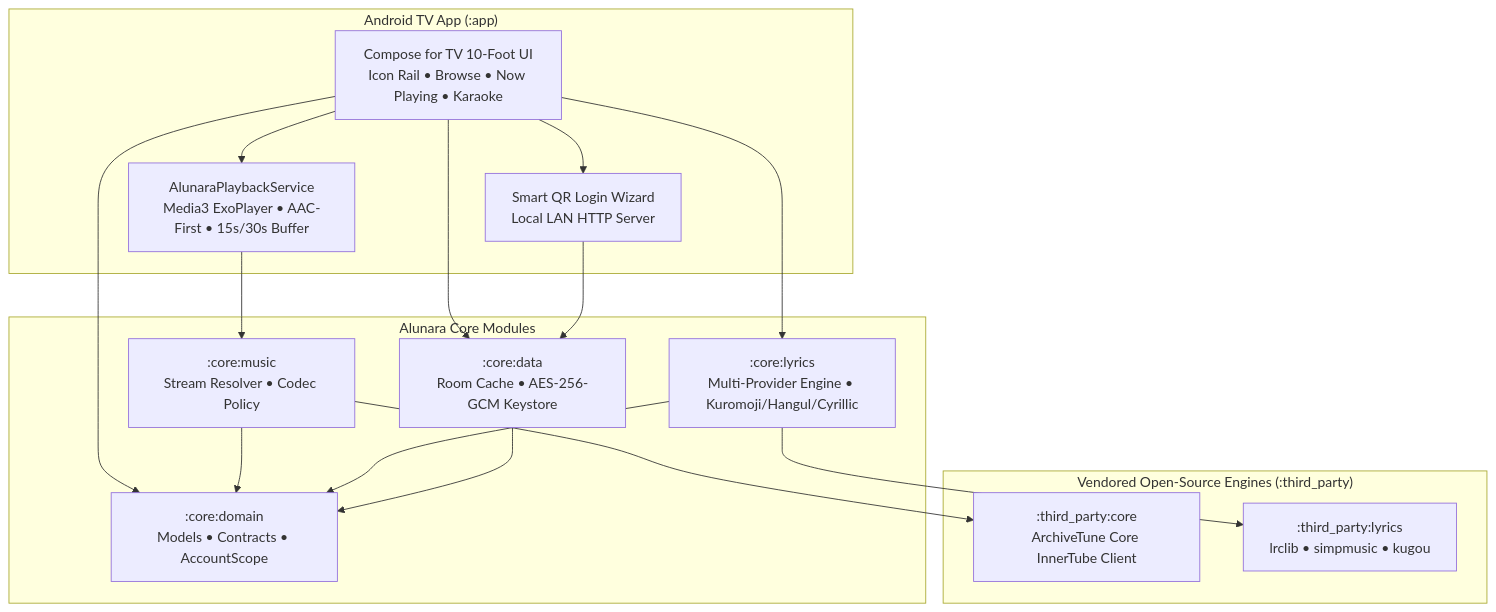
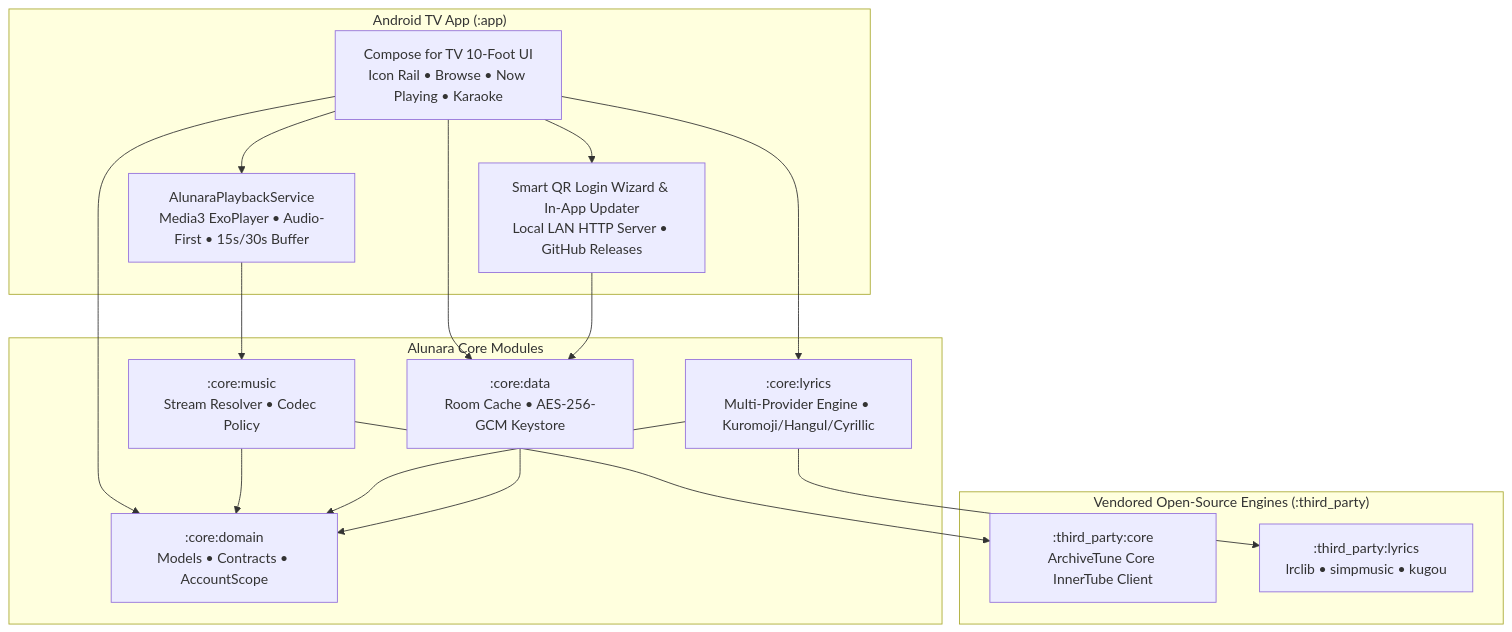
One commit to Kh1zZ/Alunara changed the diagram in README.md. Above: the diagram before and after it, drawn with Mermaid. The commit also changed other lines of this file and 9 other files, not shown here.

````diff
--- a/README.md
+++ b/README.md
@@ -129,33 +135,33 @@
 ```mermaid
 flowchart TB
     subgraph TV["Android TV App (:app)"]
         UI["Compose for TV 10-Foot UI<br/>Icon Rail • Browse • Now Playing • Karaoke"]
-        Media["AlunaraPlaybackService<br/>Media3 ExoPlayer • AAC-First • 15s/30s Buffer"]
-        QR["Smart QR Login Wizard<br/>Local LAN HTTP Server"]
+        Media["AlunaraPlaybackService<br/>Media3 ExoPlayer • Audio-First • 15s/30s Buffer"]
+        QR["Smart QR Login Wizard &amp; In-App Updater<br/>Local LAN HTTP Server • GitHub Releases"]
     end
 
     subgraph Core["Alunara Core Modules"]
         Domain[":core:domain<br/>Models • Contracts • AccountScope"]
         Music[":core:music<br/>Stream Resolver • Codec Policy"]
         Lyrics[":core:lyrics<br/>Multi-Provider Engine • Kuromoji/Hangul/Cyrillic"]
         Data[":core:data<br/>Room Cache • AES-256-GCM Keystore"]
     end
 
     subgraph Engines["Vendored Open-Source Engines (:third_party)"]
         ATCore[":third_party:core<br/>ArchiveTune Core InnerTube Client"]
         ATLyrics[":third_party:lyrics<br/>lrclib • simpmusic • kugou"]
     end
 
     UI --> Domain
     UI --> Media
     UI --> QR
     Media --> Music
     UI --> Lyrics
     UI --> Data
     QR --> Data
     Music --> Domain
     Lyrics --> Domain
     Data --> Domain
     Music --> ATCore
     Lyrics --> ATLyrics
 ```
````
